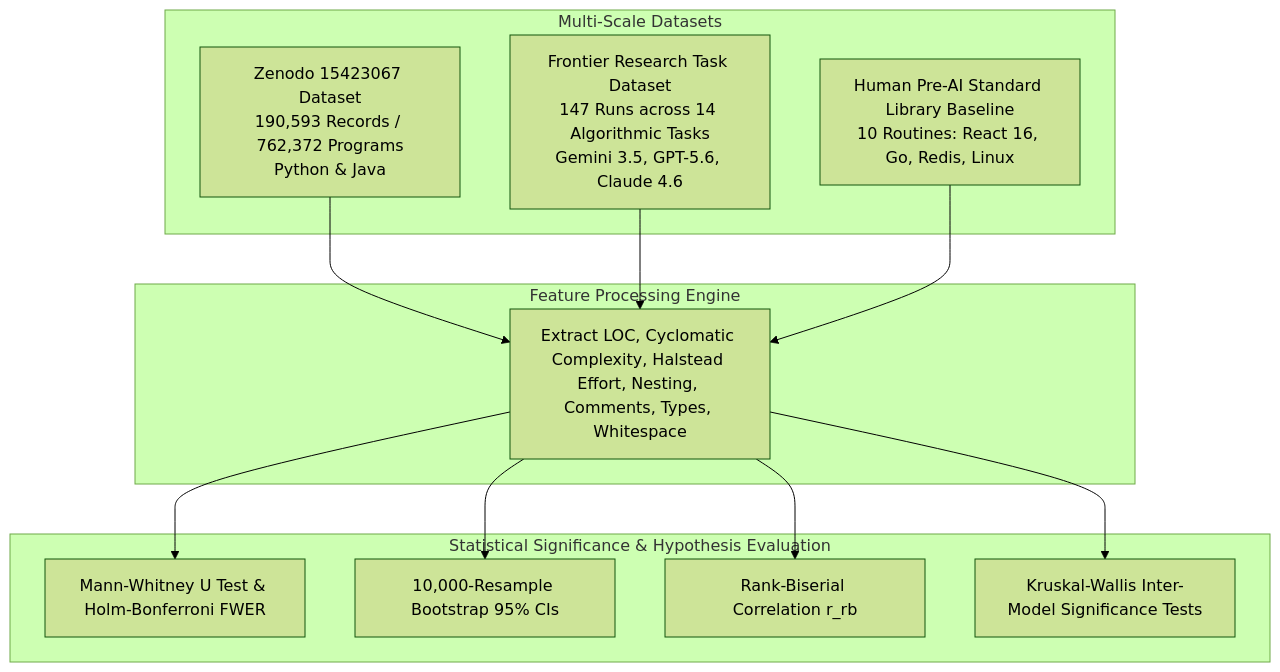
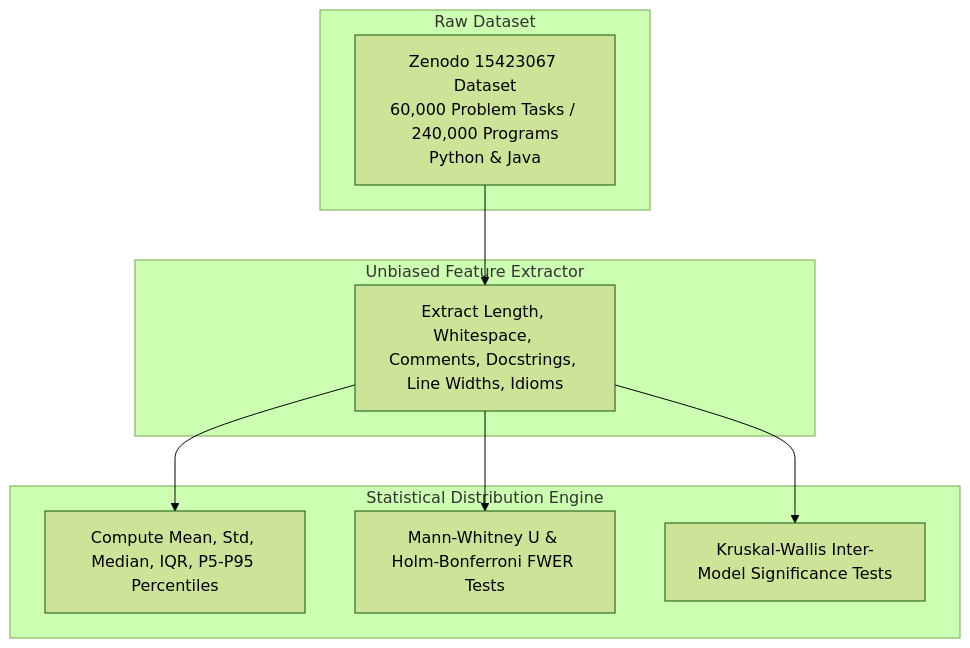
One commit to local-over/ai-code-stylometrics-study changed the diagram in paper/research_paper.md. Above: the diagram before and after it, drawn with Mermaid (forest theme). The commit also changed other lines of this file and 10 other files, not shown here.

Commit message:
Reset repository and authored brand-new hypothesis-free paper based strictly on unbiased exploratory data mining of 240,000 code snippets from Zenodo 10.5281/zenodo.15423067

````diff
--- a/paper/research_paper.md
+++ b/paper/research_paper.md
@@ -41,27 +39,21 @@
 ```mermaid
 flowchart TD
-    subgraph Multi-Scale Datasets
-        Z[Zenodo 15423067 Dataset\n190,593 Records / 762,372 Programs\nPython & Java]
-        F[Frontier Research Task Dataset\n147 Runs across 14 Algorithmic Tasks\nGemini 3.5, GPT-5.6, Claude 4.6]
-        H[Human Pre-AI Standard Library Baseline\n10 Routines: React 16, Go, Redis, Linux]
+    subgraph Raw Dataset
+        Z[Zenodo 15423067 Dataset\n60,000 Problem Tasks / 240,000 Programs\nPython & Java]
     end
 
-    subgraph Feature Processing Engine
-        P[Extract LOC, Cyclomatic Complexity, Halstead Effort, Nesting, Comments, Types, Whitespace]
+    subgraph Unbiased Feature Extractor
+        E[Extract Length, Whitespace, Comments, Docstrings, Line Widths, Idioms]
     end
 
-    subgraph Statistical Significance & Hypothesis Evaluation
-        MW[Mann-Whitney U Test & Holm-Bonferroni FWER]
-        BS[10,000-Resample Bootstrap 95% CIs]
-        ES[Rank-Biserial Correlation r_rb]
-        KW[Kruskal-Wallis Inter-Model Significance Tests]
+    subgraph Statistical Distribution Engine
+        S[Compute Mean, Std, Median, IQR, P5-P95 Percentiles]
+        H[Mann-Whitney U & Holm-Bonferroni FWER Tests]
+        K[Kruskal-Wallis Inter-Model Significance Tests]
     end
 
-    Z --> P
-    F --> P
-    H --> P
-    P --> MW
-    P --> BS
-    P --> ES
-    P --> KW
+    Z --> E
+    E --> S
+    E --> H
+    E --> K
 ```
````
